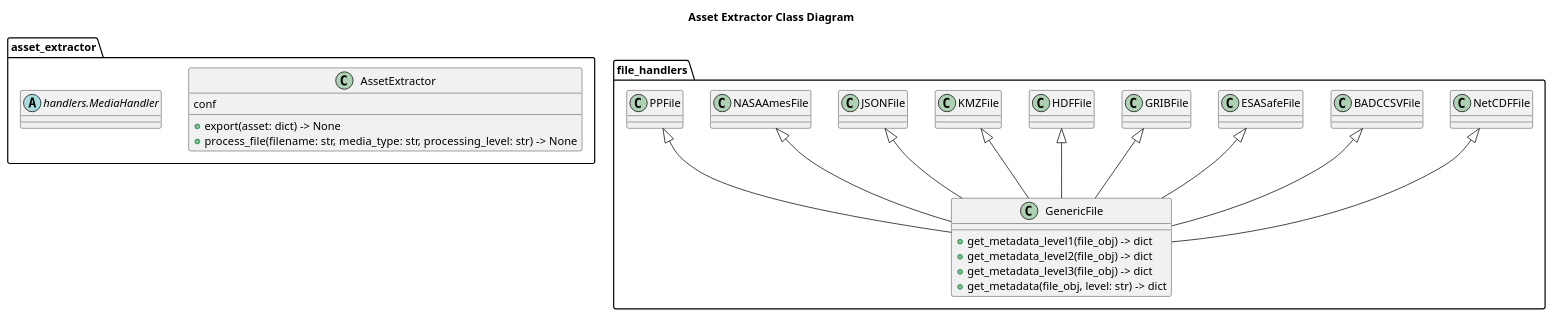
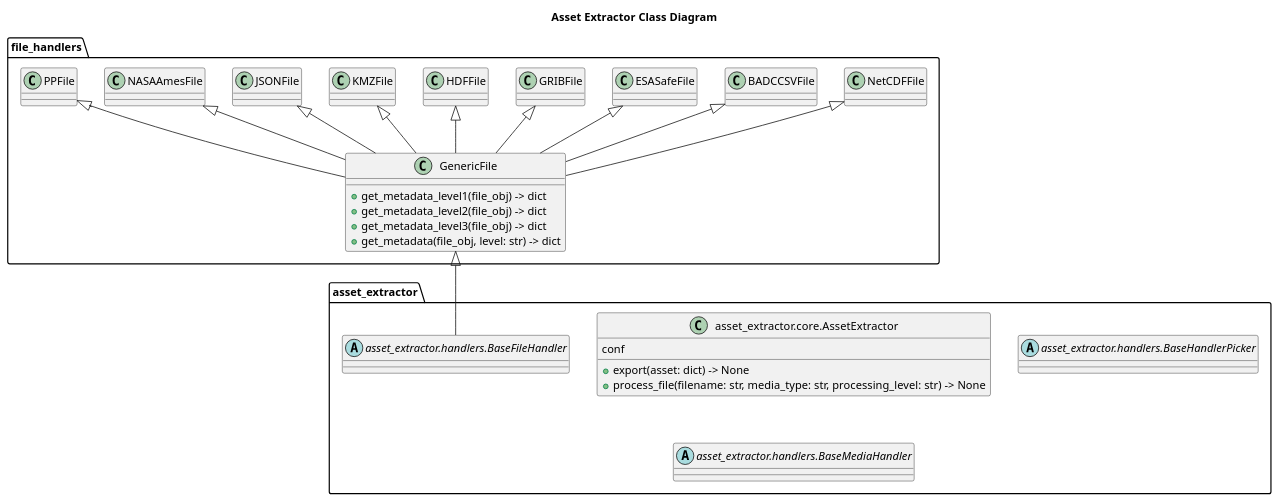
One commit to cedadev/search-futures changed the diagram in uml/asset_extractor/asset_extractor_class_diagram.wsd. Above: the diagram before and after it, drawn with PlantUML.

Commit message:
adding to class diagram

```diff
--- a/uml/asset_extractor/asset_extractor_class_diagram.wsd
+++ b/uml/asset_extractor/asset_extractor_class_diagram.wsd
@@ -1,48 +1,56 @@
 @startuml
 title Asset Extractor Class Diagram
 
 package "asset_extractor" as pAssetExtractor {
 
-    class "AssetExtractor" as cAssetExtractor {
+    class "asset_extractor.core.AssetExtractor" as cAssetExtractor {
         conf
         +export(asset: dict) -> None
         +process_file(filename: str, media_type: str, processing_level: str) -> None
     }
 
-    abstract class "handlers.MediaHandler" as cMediaHandler {
+    abstract class "asset_extractor.handlers.BaseHandlerPicker" as cBaseHandlerPicker {
 
     }
+
+    abstract class "asset_extractor.handlers.BaseFileHandler" as cBaseFileHandler {
+    }
+
+    abstract class "asset_extractor.handlers.BaseMediaHandler" as cBaseMediaHandler {
+    }
+
 }
 
 package "file_handlers" as pFileHandlers {
     class GenericFile {
         +get_metadata_level1(file_obj) -> dict
         +get_metadata_level2(file_obj) -> dict
         +get_metadata_level3(file_obj) -> dict
         +get_metadata(file_obj, level: str) -> dict
     }
 
     class NetCDFFile
     class BADCCSVFile
     class ESASafeFile
     class GRIBFile
     class HDFFile
     class KMZFile
     class JSONFile
     class NASAAmesFile
     class PPFile
 
+    GenericFile <|-- cBaseFileHandler
     NetCDFFile <|-- GenericFile
     BADCCSVFile <|-- GenericFile
     ESASafeFile <|-- GenericFile
     GRIBFile <|-- GenericFile
     HDFFile <|-- GenericFile
     KMZFile <|-- GenericFile
     JSONFile <|-- GenericFile
     NASAAmesFile <|-- GenericFile
     PPFile <|-- GenericFile
 }
 
 
 
 @enduml
```
